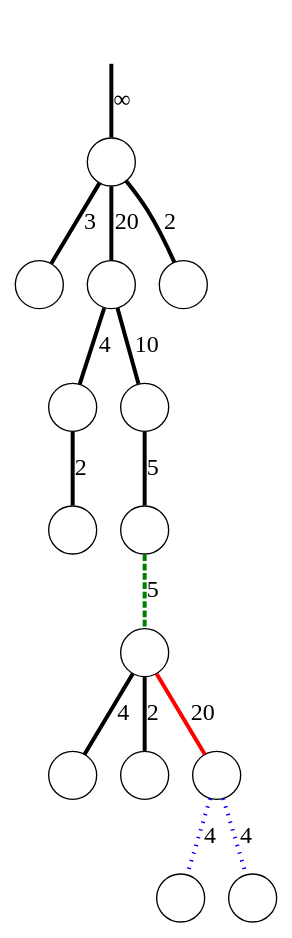
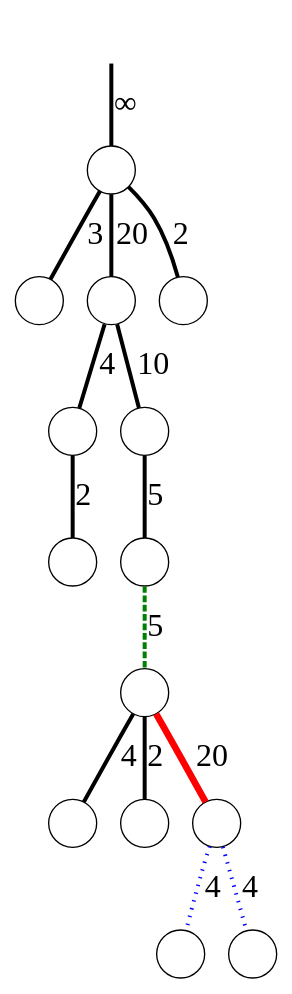
One commit to sgolodetz/waterfallpaper changed the diagram in graphs/example-c.gv. Above: the diagram before and after it, drawn with Graphviz. The commit also changed 16 other files, not shown here.

Commit message:
Make the red edges in Figure 10 bolder.

```diff
--- a/graphs/example-c.gv
+++ b/graphs/example-c.gv
@@ -1,22 +1,22 @@
 digraph
 {
 	node [shape=circle, label=""];
-	edge [dir=both, arrowtail=none, arrowhead=none, penwidth=3, fontsize=18];
+	edge [dir=both, arrowtail=none, arrowhead=none, penwidth=3, fontsize=24];
 
 	r -> n00 [label="&infin;"];
 	n00 -> n10 [label=3];
 	n00 -> n11 [label=20];
 	n00 -> n12 [label=2];
 	n11 -> n20 [label=4];
 	n11 -> n21 [label=10];
 	n20 -> n30 [label=2];
 	n21 -> n31 [label=5];
 	n31 -> n40 [label=5, color=green, style=dashed];
 	n40 -> n50 [label=4];
 	n40 -> n51 [label=2];
-	n40 -> n52 [label=20, color=red, style=bold];
+	n40 -> n52 [label=20, color=red, penwidth=5];
 	n52 -> n60 [label=4, color=blue, style=dotted];
 	n52 -> n61 [label=4, color=blue, style=dotted];
 
 	r [style=invisible];
 }
```
